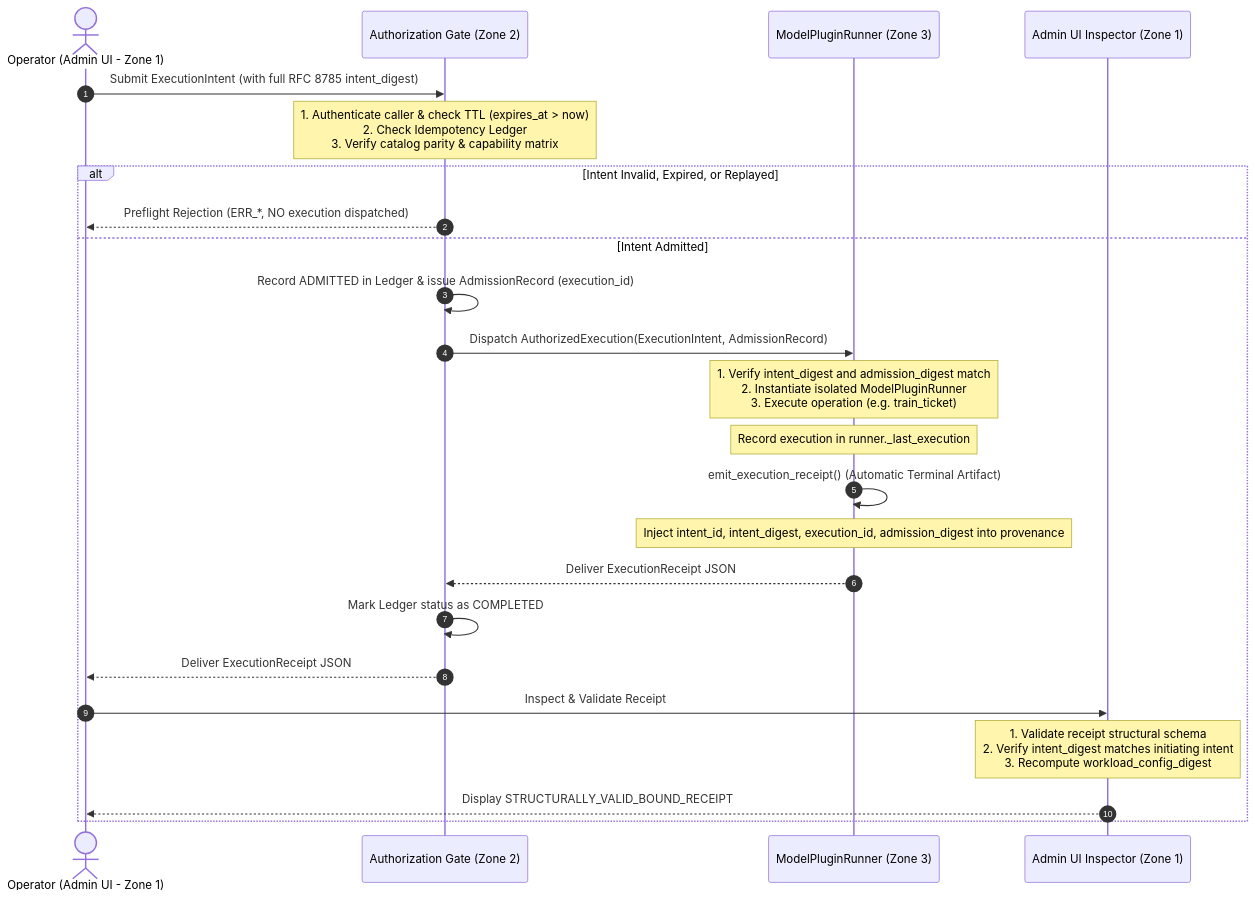
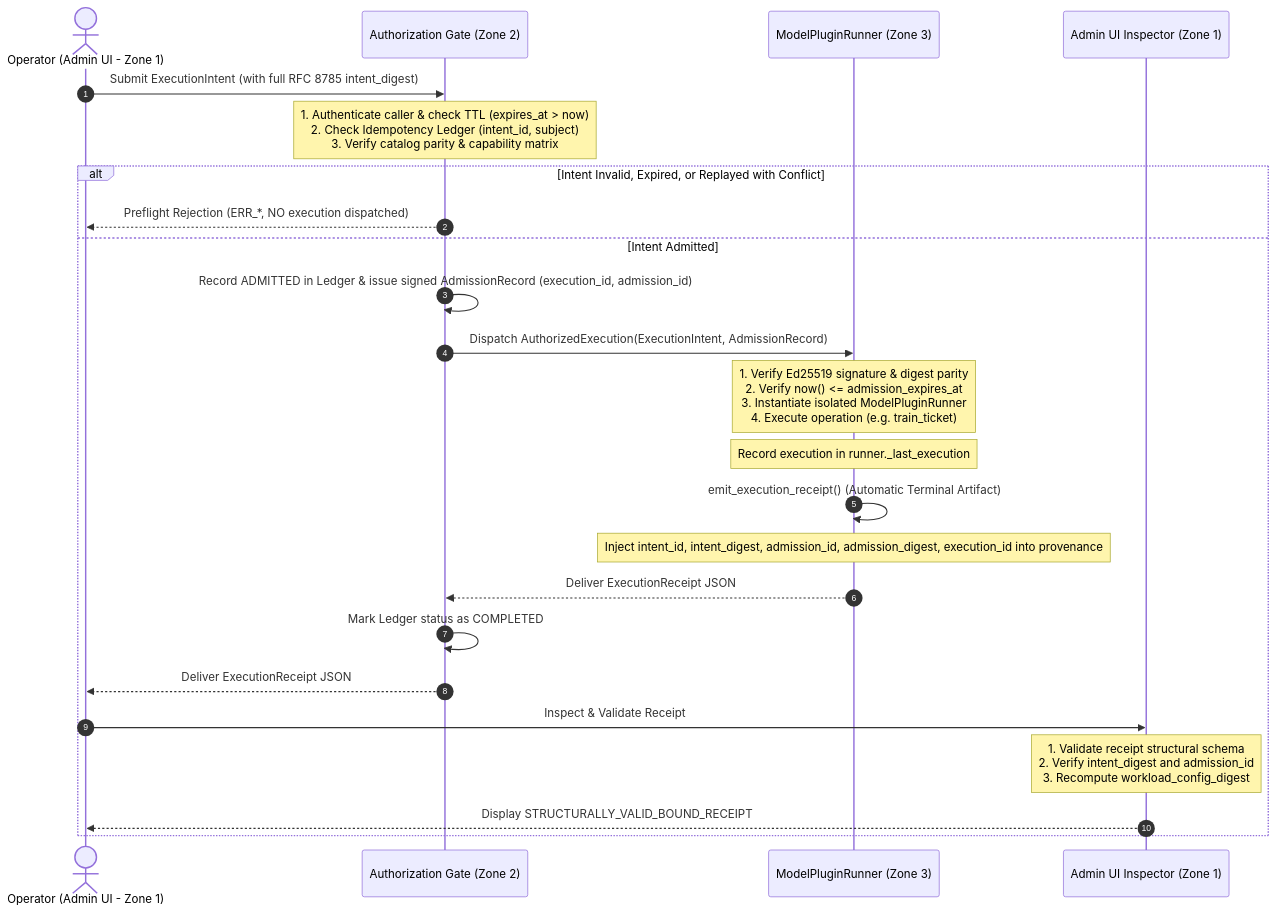
One commit to chartjs333/delta changed the second of 2 diagrams in specs/admin-ui/adr/0002-controlled-live-execution-boundary.md. Above: the diagram before and after it, drawn with Mermaid. The commit also changed other lines of this file and 9 other files, not shown here.

````diff
--- a/specs/admin-ui/adr/0002-controlled-live-execution-boundary.md
+++ b/specs/admin-ui/adr/0002-controlled-live-execution-boundary.md
@@ -401,27 +460,27 @@
 ```mermaid
 sequenceDiagram
     autonumber
     actor Operator as Operator (Admin UI - Zone 1)
     participant Gate as Authorization Gate (Zone 2)
     participant Worker as ModelPluginRunner (Zone 3)
     participant UI as Admin UI Inspector (Zone 1)
 
     Operator->>Gate: Submit ExecutionIntent (with full RFC 8785 intent_digest)
-    Note over Gate: 1. Authenticate caller & check TTL (expires_at > now)<br/>2. Check Idempotency Ledger<br/>3. Verify catalog parity & capability matrix
-    alt Intent Invalid, Expired, or Replayed
+    Note over Gate: 1. Authenticate caller & check TTL (expires_at > now)<br/>2. Check Idempotency Ledger (intent_id, subject)<br/>3. Verify catalog parity & capability matrix
+    alt Intent Invalid, Expired, or Replayed with Conflict
         Gate-->>Operator: Preflight Rejection (ERR_*, NO execution dispatched)
     else Intent Admitted
-        Gate->>Gate: Record ADMITTED in Ledger & issue AdmissionRecord (execution_id)
+        Gate->>Gate: Record ADMITTED in Ledger & issue signed AdmissionRecord (execution_id, admission_id)
         Gate->>Worker: Dispatch AuthorizedExecution(ExecutionIntent, AdmissionRecord)
-        Note over Worker: 1. Verify intent_digest and admission_digest match<br/>2. Instantiate isolated ModelPluginRunner<br/>3. Execute operation (e.g. train_ticket)
+        Note over Worker: 1. Verify Ed25519 signature & digest parity<br/>2. Verify now() <= admission_expires_at<br/>3. Instantiate isolated ModelPluginRunner<br/>4. Execute operation (e.g. train_ticket)
         Note over Worker: Record execution in runner._last_execution
         Worker->>Worker: emit_execution_receipt() (Automatic Terminal Artifact)
-        Note over Worker: Inject intent_id, intent_digest, execution_id, admission_digest into provenance
+        Note over Worker: Inject intent_id, intent_digest, admission_id, admission_digest, execution_id into provenance
         Worker-->>Gate: Deliver ExecutionReceipt JSON
         Gate->>Gate: Mark Ledger status as COMPLETED
         Gate-->>Operator: Deliver ExecutionReceipt JSON
         Operator->>UI: Inspect & Validate Receipt
-        Note over UI: 1. Validate receipt structural schema<br/>2. Verify intent_digest matches initiating intent<br/>3. Recompute workload_config_digest
+        Note over UI: 1. Validate receipt structural schema<br/>2. Verify intent_digest and admission_id<br/>3. Recompute workload_config_digest
         UI-->>Operator: Display STRUCTURALLY_VALID_BOUND_RECEIPT
     end
 ```
````
